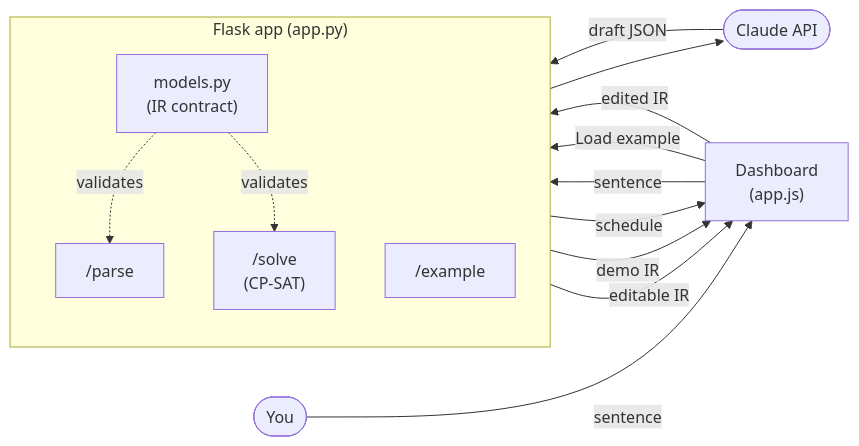
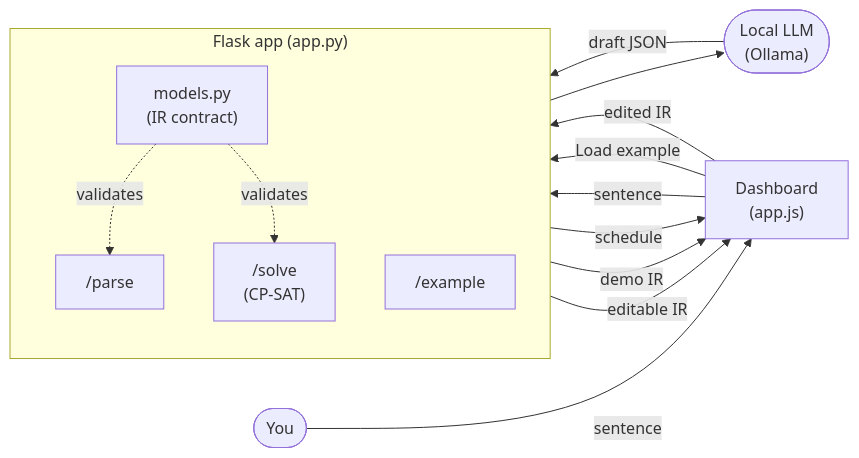
The diagram in ARCHITECTURE.md (henryqpham/CP-SAT-PROJECT), drawn with Mermaid before and after one commit. The commit also changed other lines of this file and 5 other files, not shown here.

````diff
--- a/ARCHITECTURE.md
+++ b/ARCHITECTURE.md
@@ -91,25 +91,25 @@
 ```mermaid
 flowchart LR
     U(["You"]) -->|sentence| FE["Dashboard<br/>(app.js)"]
 
     subgraph FLASK["Flask app (app.py)"]
         direction TB
         PARSE["/parse"]
         SOLVE["/solve<br/>(CP-SAT)"]
         EXAMPLE["/example"]
         IR["models.py<br/>(IR contract)"]
     end
 
-    CLAUDE(["Claude API"])
+    LLM(["Local LLM<br/>(Ollama)"])
 
     FE -->|sentence| PARSE
-    PARSE --> CLAUDE
-    CLAUDE -->|draft JSON| PARSE
+    PARSE --> LLM
+    LLM -->|draft JSON| PARSE
     PARSE -->|editable IR| FE
     FE -->|"Load example"| EXAMPLE
     EXAMPLE -->|demo IR| FE
     FE -->|edited IR| SOLVE
     SOLVE -->|schedule| FE
     IR -.validates.-> PARSE
     IR -.validates.-> SOLVE
 ```
````
